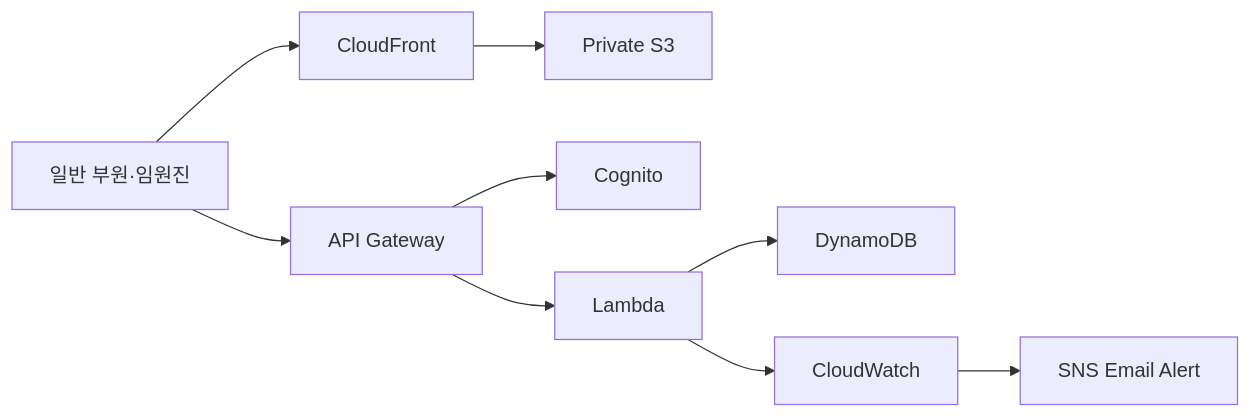
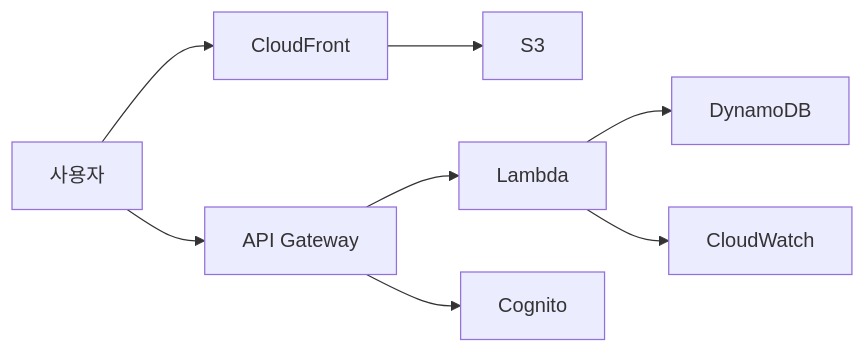
The diagram in 02-hi-high-serverless-activity/README.md (SHK500/aws-cloud-practice), drawn with Mermaid before and after one commit. The commit also changed other lines of this file, not shown here.

````diff
--- a/02-hi-high-serverless-activity/README.md
+++ b/02-hi-high-serverless-activity/README.md
@@ -7,11 +9,10 @@
 ```mermaid
 flowchart LR
-    User["일반 부원·임원진"] --> CF["CloudFront"]
-    CF --> S3["Private S3"]
-    User --> API["API Gateway"]
-    API --> Cognito["Cognito"]
-    API --> Lambda["Lambda"]
-    Lambda --> DynamoDB["DynamoDB"]
-    Lambda --> CloudWatch["CloudWatch"]
-    CloudWatch --> SNS["SNS Email Alert"]
+    User["사용자"] --> CloudFront
+    CloudFront --> S3
+    User --> APIGateway["API Gateway"]
+    APIGateway --> Lambda
+    Lambda --> DynamoDB
+    APIGateway --> Cognito
+    Lambda --> CloudWatch
 ```
````
